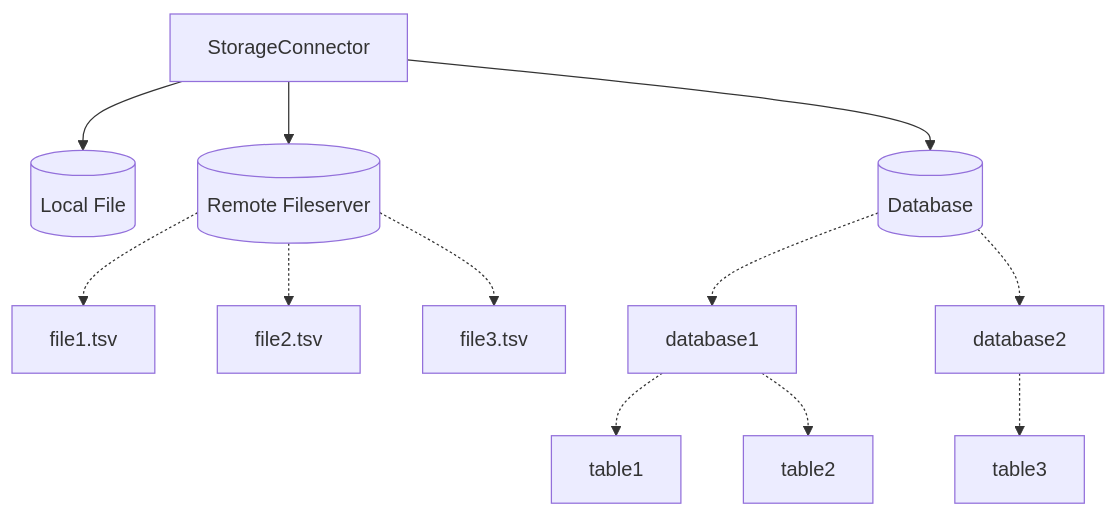
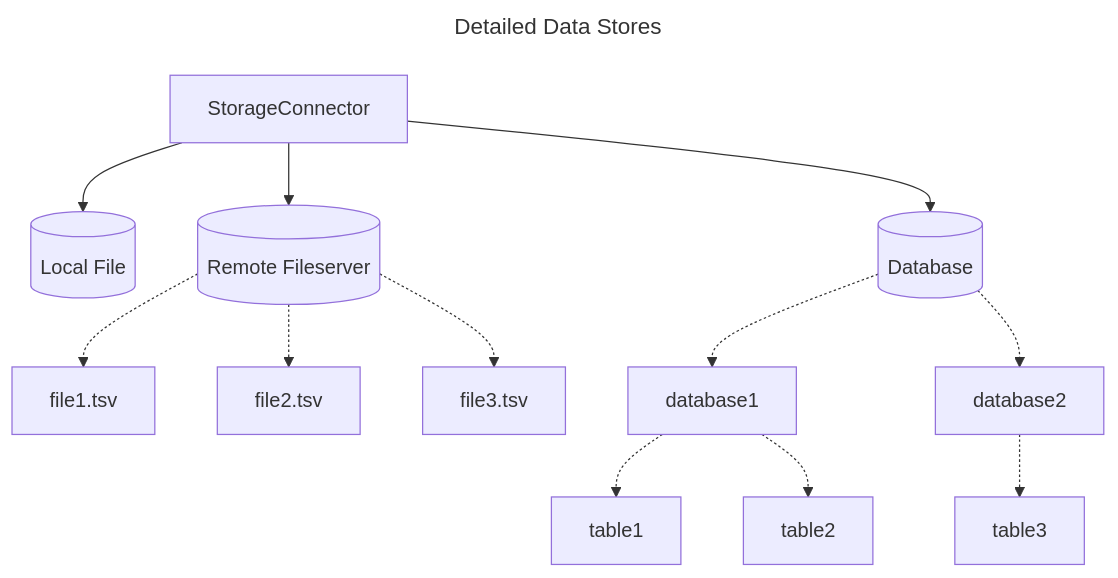
The second of 3 diagrams in src/04_core-architecture/common/configs_and_schemas.md (opengamedata/ogd-doc), drawn with Mermaid before and after one commit. The commit also changed other lines of this file, not shown here.

Commit message:
Restructure a little, create diagram of all the game-level configs.

````diff
--- a/src/04_core-architecture/common/configs_and_schemas.md
+++ b/src/04_core-architecture/common/configs_and_schemas.md
@@ -28,15 +33,18 @@
     ```{mermaid}
+    ---
+    title: Detailed Data Stores
+    ---
     flowchart TD
 
     StorageConnector --> local[(Local File)]
     StorageConnector --> remote[(Remote Fileserver)]
     remote[(Remote Fileserver)] -.-> file1.tsv
     remote[(Remote Fileserver)] -.-> file2.tsv
     remote[(Remote Fileserver)] -.-> file3.tsv
     StorageConnector --> Database[(Database)]
     Database[(Database)] -.-> database1
     database1 -.-> table1
     database1 -.-> table2
     Database[(Database)] -.-> database2
     database2 -.-> table3
     ```
````
